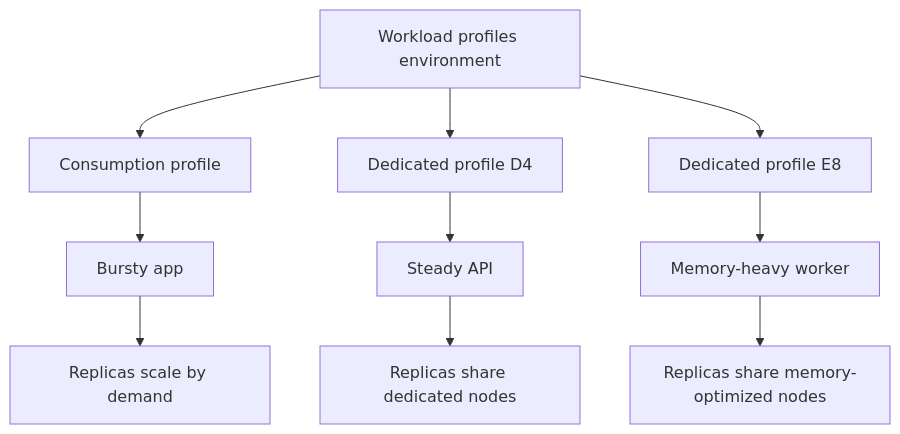
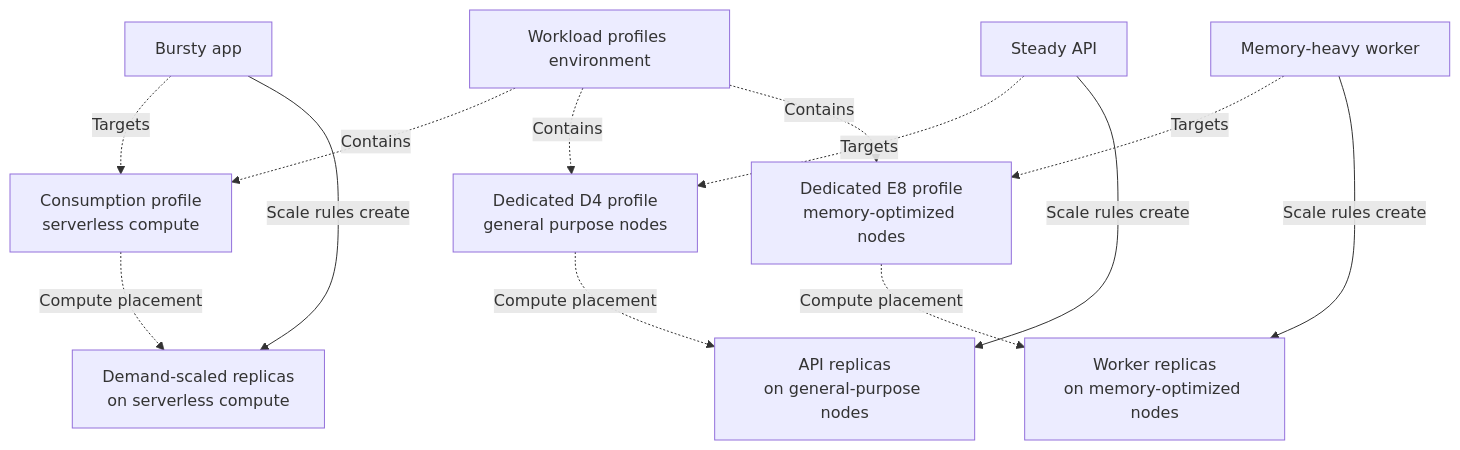
Before and after one commit to yeongseon/azure-container-apps-practical-guide: the diagram in docs/platform/environments/workload-profiles.md, drawn with Mermaid. The commit also changed other lines of this file and 14 other files, not shown here.

Commit message:
docs(diagrams): migrate the Container Apps platform diagrams (#615)

````diff
--- a/docs/platform/environments/workload-profiles.md
+++ b/docs/platform/environments/workload-profiles.md
@@ -133,12 +133,29 @@
 ```mermaid
 flowchart TD
-    ENV[Workload profiles environment] --> P1[Consumption profile]
-    ENV --> P2[Dedicated profile D4]
-    ENV --> P3[Dedicated profile E8]
-    P1 --> A1[Bursty app]
-    P2 --> A2[Steady API]
-    P3 --> A3[Memory-heavy worker]
-    A1 --> R1[Replicas scale by demand]
-    A2 --> R2[Replicas share dedicated nodes]
-    A3 --> R3[Replicas share memory-optimized nodes]
+    accTitle: Environment, workload profile, app, and replica placement
+    accDescr: The environment contains workload profiles. Each app targets one profile, app scale rules create replicas, and the selected profile places those replicas on serverless or dedicated compute.
+
+    ENV[Workload profiles environment]
+    CONSUMPTION[Consumption profile<br/>serverless compute]
+    D4[Dedicated D4 profile<br/>general purpose nodes]
+    E8[Dedicated E8 profile<br/>memory-optimized nodes]
+    BURSTY[Bursty app]
+    API[Steady API]
+    WORKER[Memory-heavy worker]
+    BURSTY_REPLICAS[Demand-scaled replicas<br/>on serverless compute]
+    API_REPLICAS[API replicas<br/>on general-purpose nodes]
+    WORKER_REPLICAS[Worker replicas<br/>on memory-optimized nodes]
+
+    ENV -.->|Contains| CONSUMPTION
+    ENV -.->|Contains| D4
+    ENV -.->|Contains| E8
+    BURSTY -.->|Targets| CONSUMPTION
+    API -.->|Targets| D4
+    WORKER -.->|Targets| E8
+    BURSTY -->|Scale rules create| BURSTY_REPLICAS
+    API -->|Scale rules create| API_REPLICAS
+    WORKER -->|Scale rules create| WORKER_REPLICAS
+    CONSUMPTION -.->|Compute placement| BURSTY_REPLICAS
+    D4 -.->|Compute placement| API_REPLICAS
+    E8 -.->|Compute placement| WORKER_REPLICAS
 ```
````
